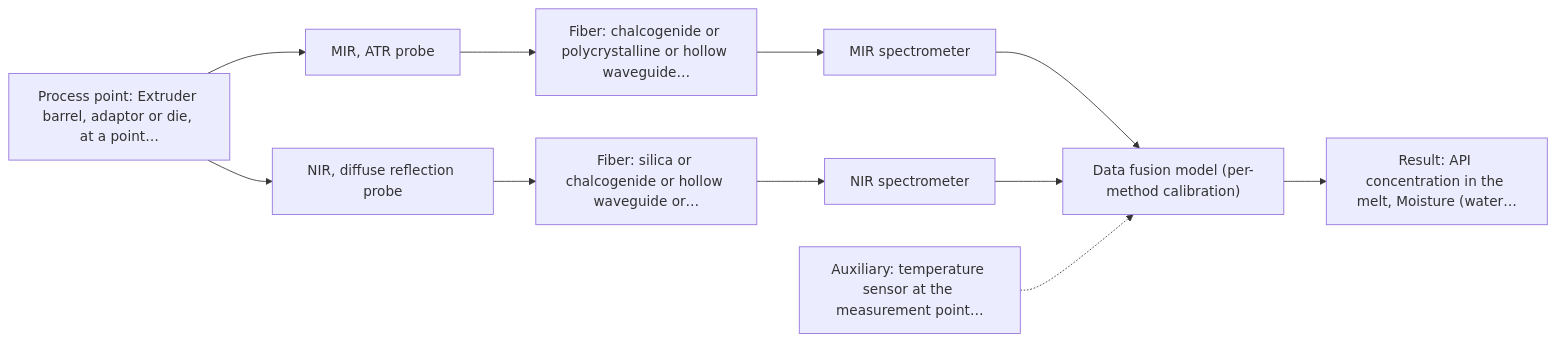
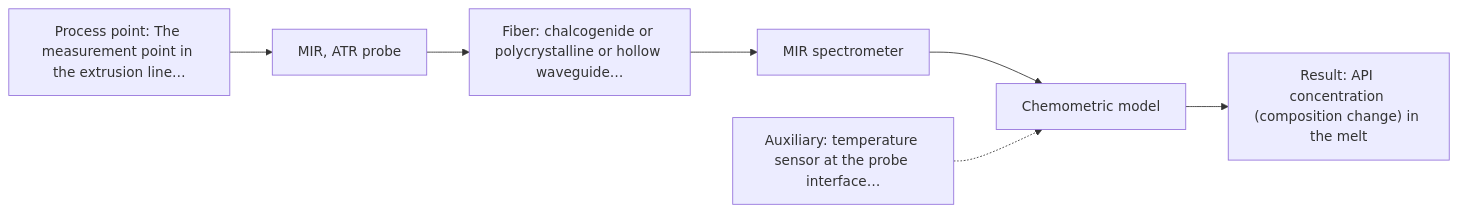
One commit to sleipnir029/Afs-Spectroscopy-Assistant changed the first of 2 diagrams in outputs/dev/D07.md. Above: the diagram before and after it, drawn with Mermaid. The commit also changed other lines of this file and 15 other files, not shown here.

Commit message:
3.R2 dev run outputs: 8/8 complete, 0 hard failures, 227/227 citations, 14/14 charts

````diff
--- a/outputs/dev/D07.md
+++ b/outputs/dev/D07.md
@@ -36,23 +36,16 @@
 ```mermaid
 flowchart LR
-    proc["Process point: Extruder barrel, adaptor or die, at a point…"]
+    proc["Process point: The measurement point in the extrusion line…"]
     probe1["MIR, ATR probe"]
     fiber1["Fiber: chalcogenide or polycrystalline or hollow waveguide…"]
     spec1["MIR spectrometer"]
-    probe2["NIR, diffuse reflection probe"]
-    fiber2["Fiber: silica or chalcogenide or hollow waveguide or…"]
-    spec2["NIR spectrometer"]
-    model["Data fusion model (per-method calibration)"]
-    result["Result: API concentration in the melt, Moisture (water…"]
-    aux1["Auxiliary: temperature sensor at the measurement point…"]
+    model["Chemometric model"]
+    result["Result: API concentration (composition change) in the melt"]
+    aux1["Auxiliary: temperature sensor at the probe interface…"]
     proc --> probe1
     probe1 --> fiber1
     fiber1 --> spec1
     spec1 --> model
-    proc --> probe2
-    probe2 --> fiber2
-    fiber2 --> spec2
-    spec2 --> model
     model --> result
     aux1 -.-> model
 ```
````
